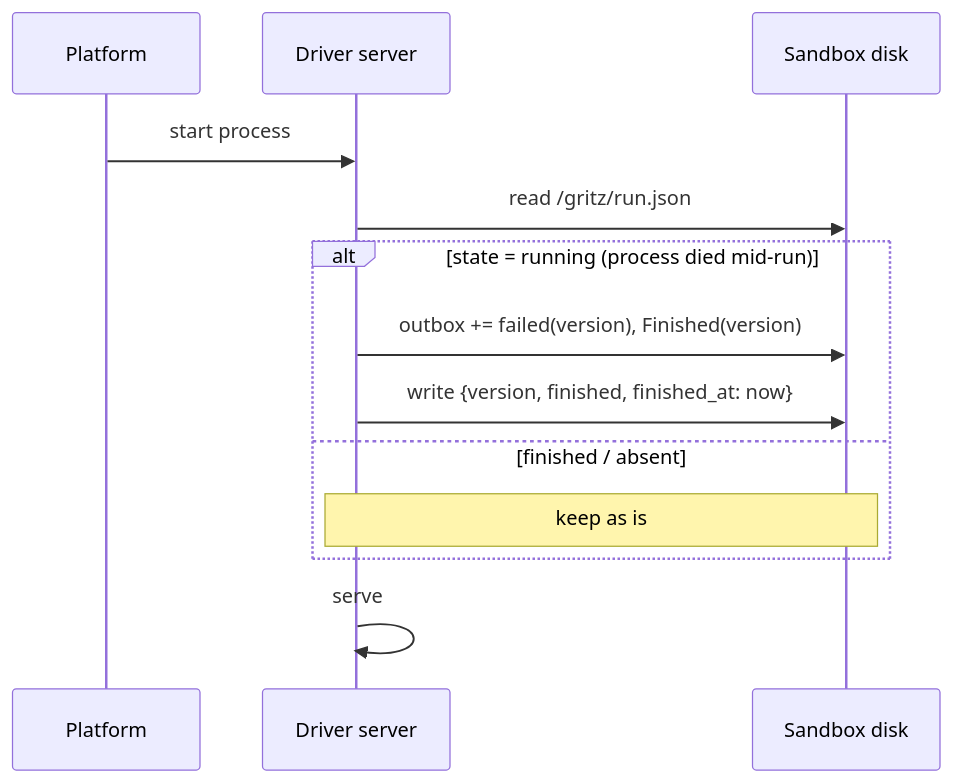
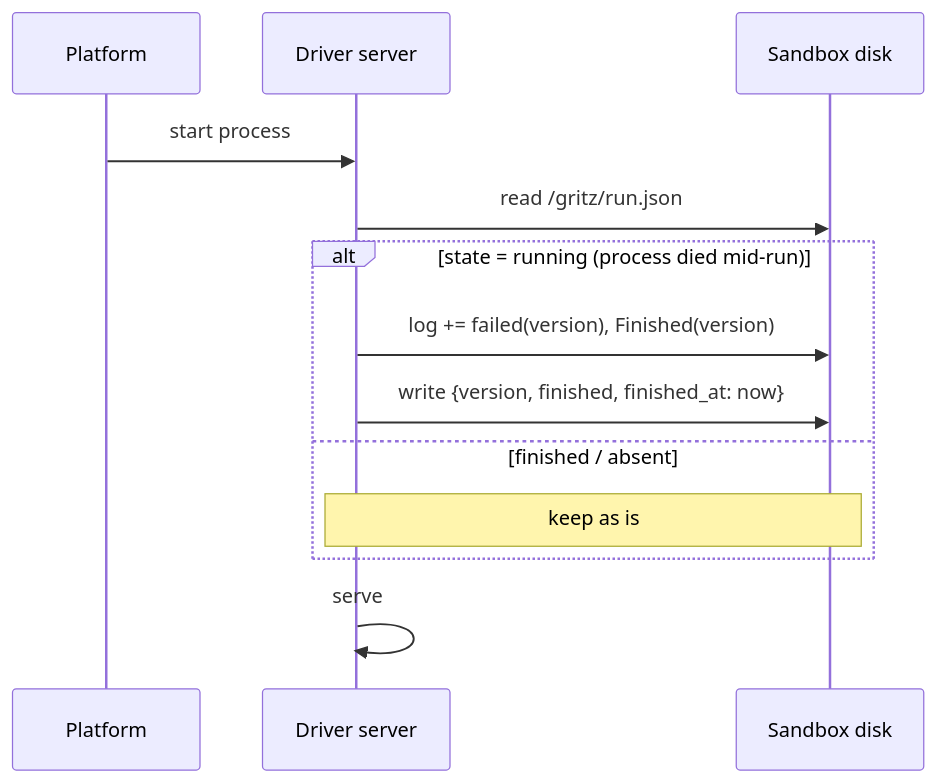
One commit to gritzapp/gritz changed the first of 6 diagrams in proposals/draft/driver-server.md. Above: the diagram before and after it, drawn with Mermaid. The commit also changed other lines of this file and 2 other files, not shown here.

First line of the commit message:
docs: replace the driver outbox with a response log read from a runner offset

````diff
--- a/proposals/draft/driver-server.md
+++ b/proposals/draft/driver-server.md
@@ -346,16 +359,16 @@
 ```mermaid
 sequenceDiagram
     participant P as Platform
     participant D as Driver server
     participant F as Sandbox disk
 
     P->>D: start process
     D->>F: read /gritz/run.json
     alt state = running (process died mid-run)
-        D->>F: outbox += failed(version), Finished(version)
+        D->>F: log += failed(version), Finished(version)
         D->>F: write {version, finished, finished_at: now}
     else finished / absent
         Note over D,F: keep as is
     end
     D->>D: serve
 ```
````
